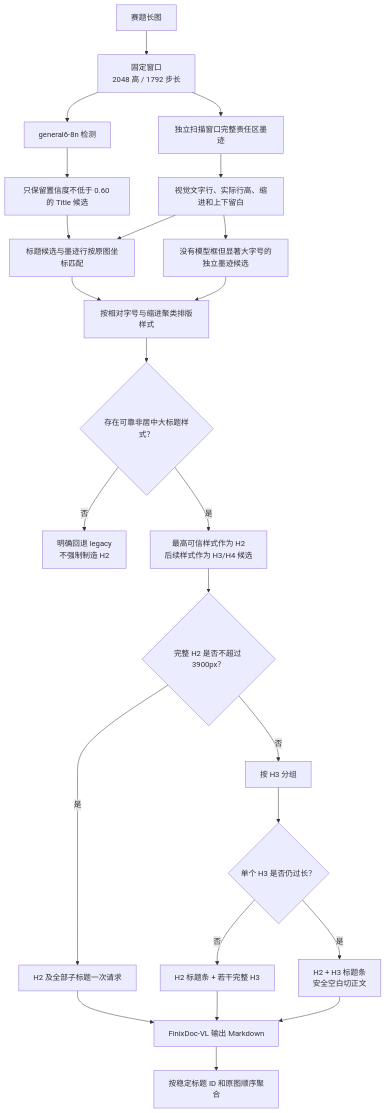
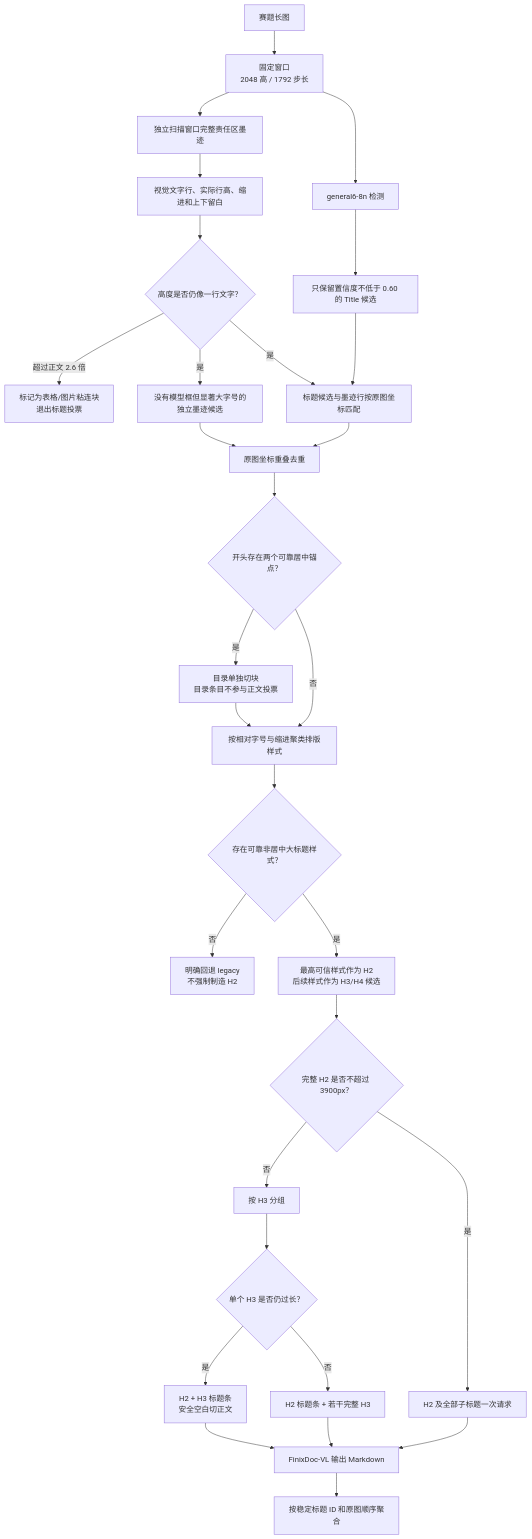
Before and after one commit to AAAXXS-0/CAFA6202: the diagram in afac_pipeline/long/README.md, drawn with Mermaid. The commit also changed other lines of this file and 5 other files, not shown here.

````diff
--- a/afac_pipeline/long/README.md
+++ b/afac_pipeline/long/README.md
@@ -7,26 +7,32 @@
 ```mermaid
 flowchart TD
     A["赛题长图"] --> B["固定窗口<br/>2048 高 / 1792 步长"]
     B --> C["general6-8n 检测"]
     C --> D["只保留置信度不低于 0.60 的 Title 候选"]
     B --> E["独立扫描窗口完整责任区墨迹"]
     E --> F["视觉文字行、实际行高、缩进和上下留白"]
+    F --> F1{"高度是否仍像一行文字？"}
+    F1 -- "超过正文 2.6 倍" --> F2["标记为表格/图片粘连块<br/>退出标题投票"]
     D --> G["标题候选与墨迹行按原图坐标匹配"]
-    F --> G
-    F --> H["没有模型框但显著大字号的独立墨迹候选"]
-    G --> I["按相对字号与缩进聚类排版样式"]
-    H --> I
+    F1 -- "是" --> G
+    F1 -- "是" --> H["没有模型框但显著大字号的独立墨迹候选"]
+    G --> U["原图坐标重叠去重"]
+    H --> U
+    U --> V{"开头存在两个可靠居中锚点？"}
+    V -- "是" --> W["目录单独切块<br/>目录条目不参与正文投票"]
+    V -- "否" --> I["按相对字号与缩进聚类排版样式"]
+    W --> I
     I --> J{"存在可靠非居中大标题样式？"}
     J -- "否" --> K["明确回退 legacy<br/>不强制制造 H2"]
     J -- "是" --> L["最高可信样式作为 H2<br/>后续样式作为 H3/H4 候选"]
     L --> M{"完整 H2 是否不超过 3900px？"}
     M -- "是" --> N["H2 及全部子标题一次请求"]
     M -- "否" --> O["按 H3 分组"]
     O --> P{"单个 H3 是否仍过长？"}
     P -- "否" --> Q["H2 标题条 + 若干完整 H3"]
     P -- "是" --> R["H2 + H3 标题条<br/>安全空白切正文"]
     N --> S["FinixDoc-VL 输出 Markdown"]
     Q --> S
     R --> S
     S --> T["按稳定标题 ID 和原图顺序聚合"]
 ```
````
